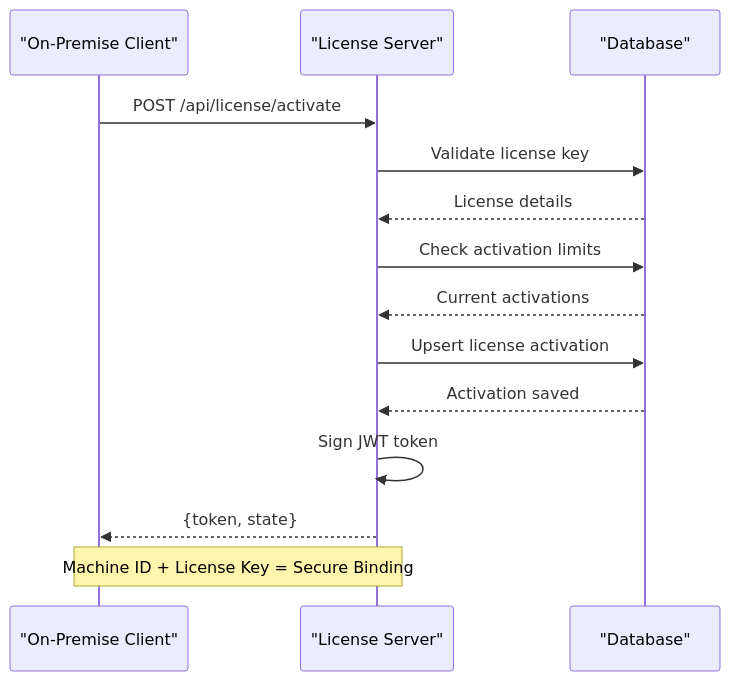
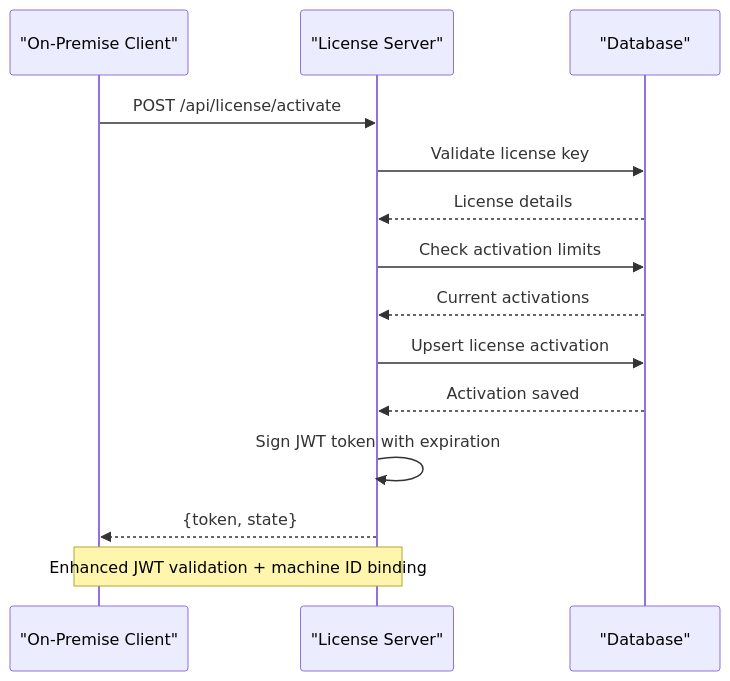
Before and after one commit to celebigilfatih/infrascope: diagram 12 of 17 in .qoder/repowiki/en/content/Database Schema & Models/Enterprise Features.md, drawn with Mermaid. The commit also changed other lines of this file and 13 other files, not shown here.

````diff
--- a/.qoder/repowiki/en/content/Database Schema & Models/Enterprise Features.md
+++ b/.qoder/repowiki/en/content/Database Schema & Models/Enterprise Features.md
@@ -580,16 +590,16 @@
 ```mermaid
 sequenceDiagram
 participant Client as "On-Premise Client"
 participant Server as "License Server"
 participant DB as "Database"
 Client->>Server : POST /api/license/activate
 Server->>DB : Validate license key
 DB-->>Server : License details
 Server->>DB : Check activation limits
 DB-->>Server : Current activations
 Server->>DB : Upsert license activation
 DB-->>Server : Activation saved
-Server->>Server : Sign JWT token
+Server->>Server : Sign JWT token with expiration
 Server-->>Client : {token, state}
-Note over Client,Server : Machine ID + License Key = Secure Binding
+Note over Client,Server : Enhanced JWT validation + machine ID binding
 ```
````
